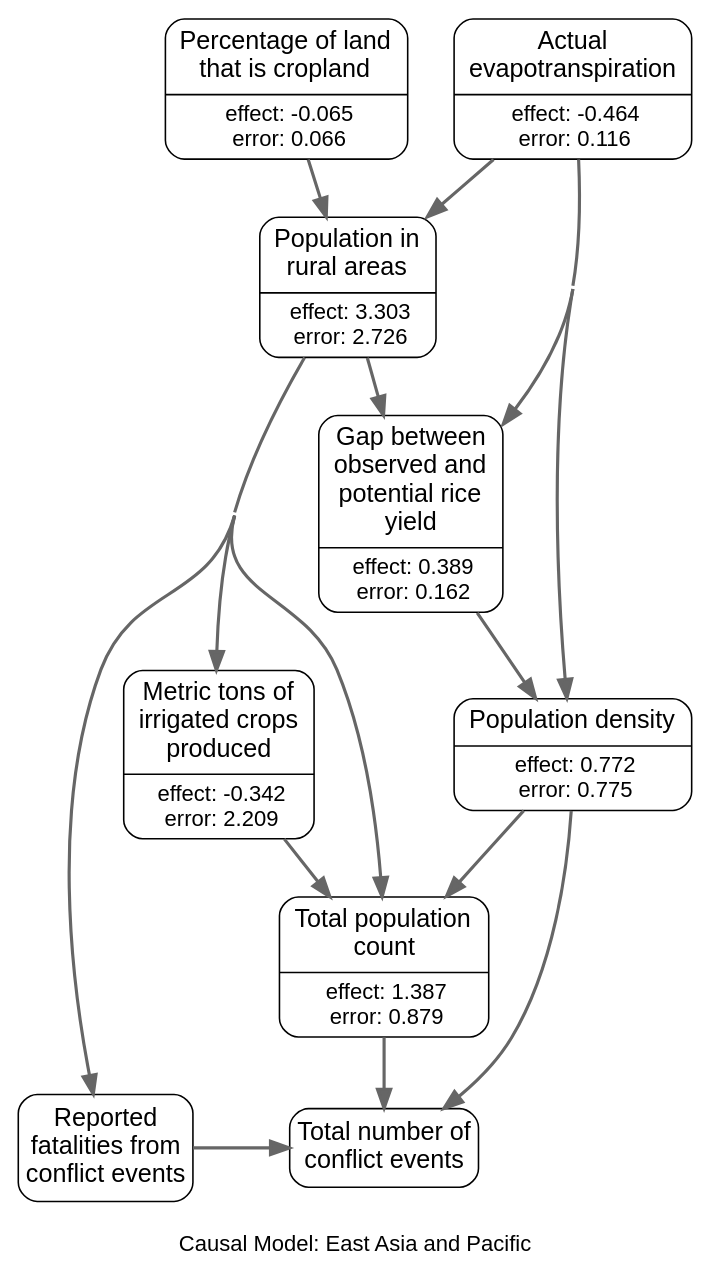
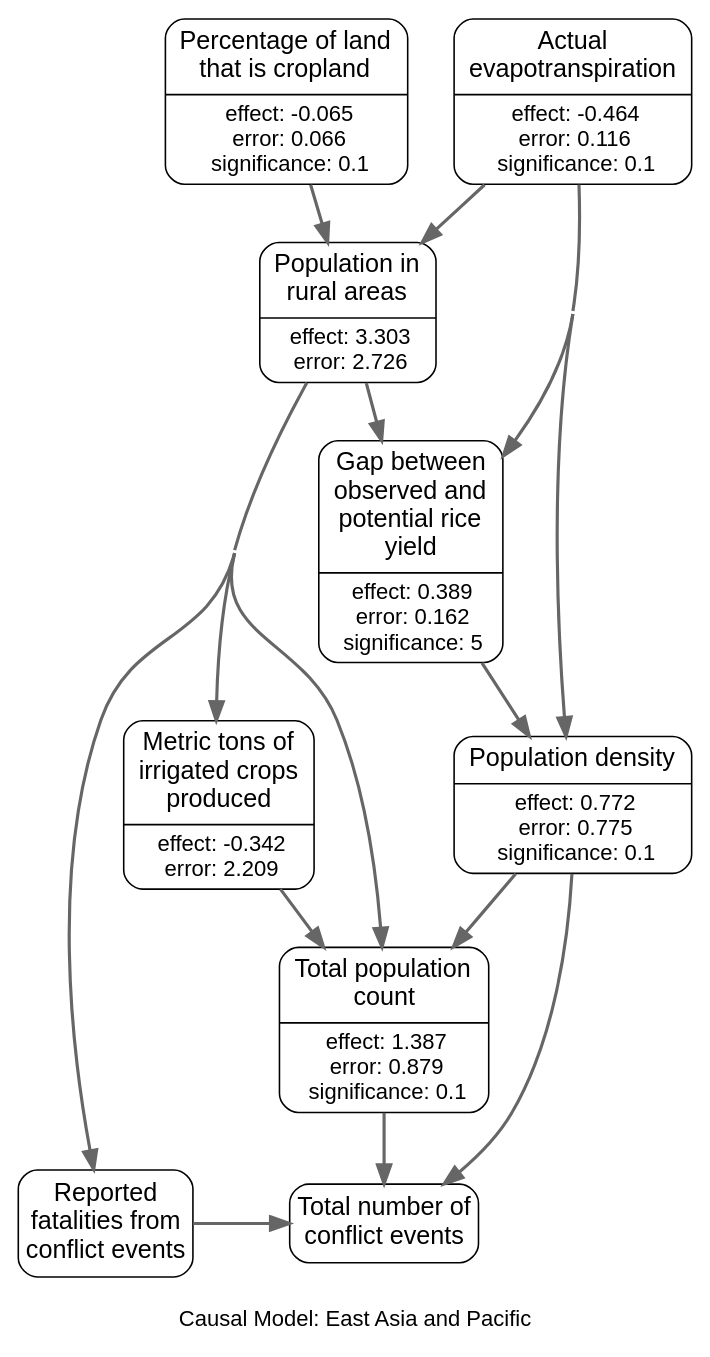
Before and after one commit to wri/wri-wpsi: the diagram in app/javascript/images/regions/causal_graphs/east_asia_and_pacific.gv, drawn with Graphviz. The commit also changed 3 other files, not shown here.

```diff
--- a/app/javascript/images/regions/causal_graphs/east_asia_and_pacific.gv
+++ b/app/javascript/images/regions/causal_graphs/east_asia_and_pacific.gv
@@ -1,74 +1,79 @@
 # generated file for region: east_asia_and_pacific by CausalModelRegionGenerator
 strict digraph causalModel {
 fontname="Helvetica, Arial, sans-serif";
 label="
 Causal Model: East Asia and Pacific";
 labelloc = b;
 nodesep = 0.4;
 concentrate = true;
 node[shape = Mrecord, fontname = "Helvetica, Arial, sans-serif", margin = "0.10,0.06", penwidth = 1.0];
 edge[arrowsize = 1.2 penwidth = 2 color="#666666"];
 
 # nodes
 spam_P_i_sum_s [label = <{<table align="center" border="0" cellspacing="1" cellpadding="1">
 <tr><td><font point-size="16">Metric tons of<br/>irrigated crops<br/>produced<br/></font></td></tr>
 </table>
 |<table border="0" cellspacing="1" cellpadding="0.5"><tr><td><font point-size="14">effect: -0.342</font></td></tr>
 <tr><td><font point-size="14">error: 2.209</font></td></tr></table>}>, class = rankB];
 rurpop_s [label = <{<table align="center" border="0" cellspacing="1" cellpadding="1">
 <tr><td><font point-size="16">Population in<br/>rural areas<br/></font></td></tr>
 </table>
 |<table border="0" cellspacing="1" cellpadding="0.5"><tr><td><font point-size="14">effect: 3.303</font></td></tr>
 <tr><td><font point-size="14">error: 2.726</font></td></tr></table>}>, class = rankB];
 Cropland2000_mean_percent_s [label = <{<table align="center" border="0" cellspacing="1" cellpadding="1">
 <tr><td><font point-size="16">Percentage of land<br/>that is cropland<br/></font></td></tr>
 </table>
 |<table border="0" cellspacing="1" cellpadding="0.5"><tr><td><font point-size="14">effect: -0.065</font></td></tr>
-<tr><td><font point-size="14">error: 0.066</font></td></tr></table>}>, class = rankA];
+<tr><td><font point-size="14">error: 0.066</font></td></tr>
+<tr><td><font point-size="14">significance: 0.1</font></td></tr></table>}>, class = rankA];
 loccount_y [label = <{<table align="center" border="0" cellspacing="1" cellpadding="1">
 <tr><td><font point-size="16">Total population<br/>count<br/></font></td></tr>
 </table>
 |<table border="0" cellspacing="1" cellpadding="0.5"><tr><td><font point-size="14">effect: 1.387</font></td></tr>
-<tr><td><font point-size="14">error: 0.879</font></td></tr></table>}>, class = rankB];
+<tr><td><font point-size="14">error: 0.879</font></td></tr>
+<tr><td><font point-size="14">significance: 0.1</font></td></tr></table>}>, class = rankB];
 locdensity_y [label = <{<table align="center" border="0" cellspacing="1" cellpadding="1">
 <tr><td><font point-size="16">Population density</font></td></tr>
 </table>
 |<table border="0" cellspacing="1" cellpadding="0.5"><tr><td><font point-size="14">effect: 0.772</font></td></tr>
-<tr><td><font point-size="14">error: 0.775</font></td></tr></table>}>, class = rankB];
+<tr><td><font point-size="14">error: 0.775</font></td></tr>
+<tr><td><font point-size="14">significance: 0.1</font></td></tr></table>}>, class = rankB];
 yield_gap_rice_s [label = <{<table align="center" border="0" cellspacing="1" cellpadding="1">
 <tr><td><font point-size="16">Gap between<br/>observed and<br/>potential rice<br/>yield<br/></font></td></tr>
 </table>
 |<table border="0" cellspacing="1" cellpadding="0.5"><tr><td><font point-size="14">effect: 0.389</font></td></tr>
-<tr><td><font point-size="14">error: 0.162</font></td></tr></table>}>, class = rankB];
+<tr><td><font point-size="14">error: 0.162</font></td></tr>
+<tr><td><font point-size="14">significance: 5</font></td></tr></table>}>, class = rankB];
 et_actl_m_MIN_m [label = <{<table align="center" border="0" cellspacing="1" cellpadding="1">
 <tr><td><font point-size="16">Actual<br/>evapotranspiration<br/></font></td></tr>
 </table>
 |<table border="0" cellspacing="1" cellpadding="0.5"><tr><td><font point-size="14">effect: -0.464</font></td></tr>
-<tr><td><font point-size="14">error: 0.116</font></td></tr></table>}>, class = rankA];
+<tr><td><font point-size="14">error: 0.116</font></td></tr>
+<tr><td><font point-size="14">significance: 0.1</font></td></tr></table>}>, class = rankA];
 acl_sum_evnt_m [label = "Total number of
 conflict events" class = rankC shape=box style=rounded fontsize="16pt" margin = "0.05,0.10"];
 acl_sum_fatl_m [label = "Reported
 fatalities from
 conflict events" class = rankC shape=box style=rounded fontsize="16pt" margin = "0.05,0.10"];
 
 #ranks
 {rank=same; Cropland2000_mean_percent_s et_actl_m_MIN_m; }
 {rank=same; acl_sum_evnt_m acl_sum_fatl_m; }
 
 # links
 spam_P_i_sum_s -> loccount_y ;
 rurpop_s -> spam_P_i_sum_s ;
 rurpop_s -> loccount_y ;
 rurpop_s -> yield_gap_rice_s ;
 rurpop_s -> acl_sum_fatl_m ;
 Cropland2000_mean_percent_s -> rurpop_s ;
 loccount_y -> acl_sum_evnt_m ;
 locdensity_y -> loccount_y ;
 locdensity_y -> acl_sum_evnt_m ;
 yield_gap_rice_s -> locdensity_y ;
 et_actl_m_MIN_m -> rurpop_s ;
 et_actl_m_MIN_m -> locdensity_y ;
 et_actl_m_MIN_m -> yield_gap_rice_s ;
 acl_sum_fatl_m -> acl_sum_evnt_m ;
 
 }
```
